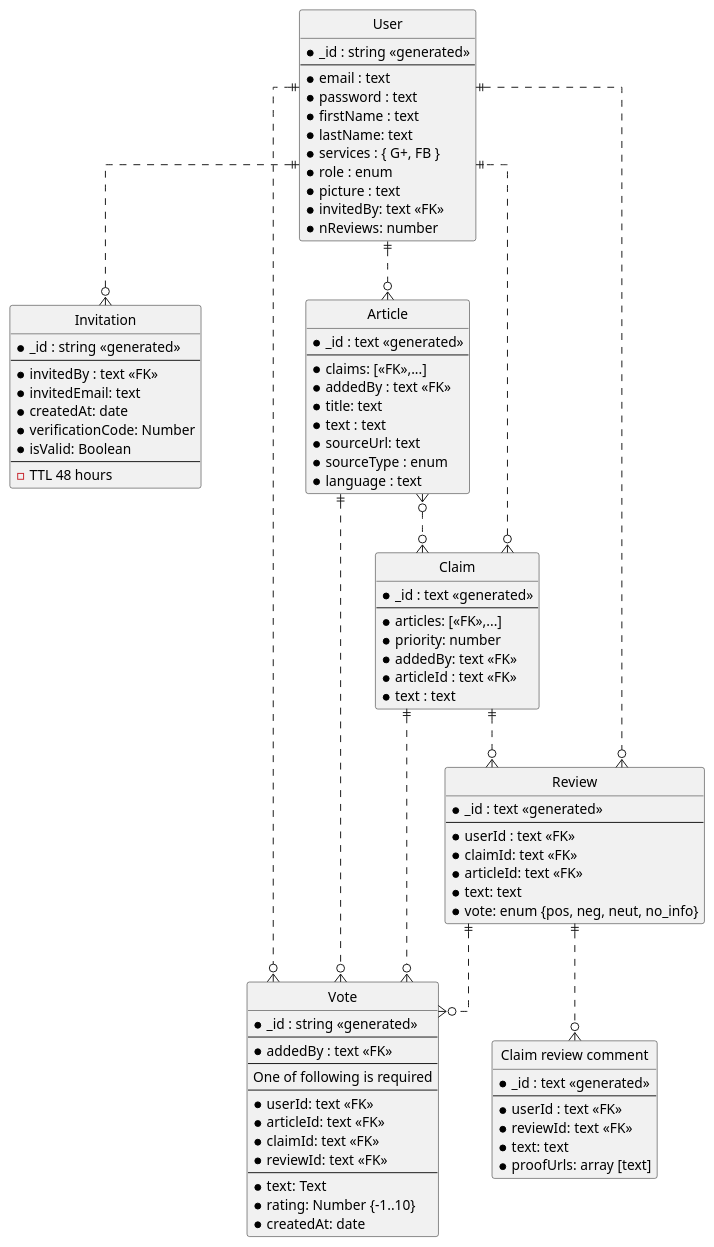
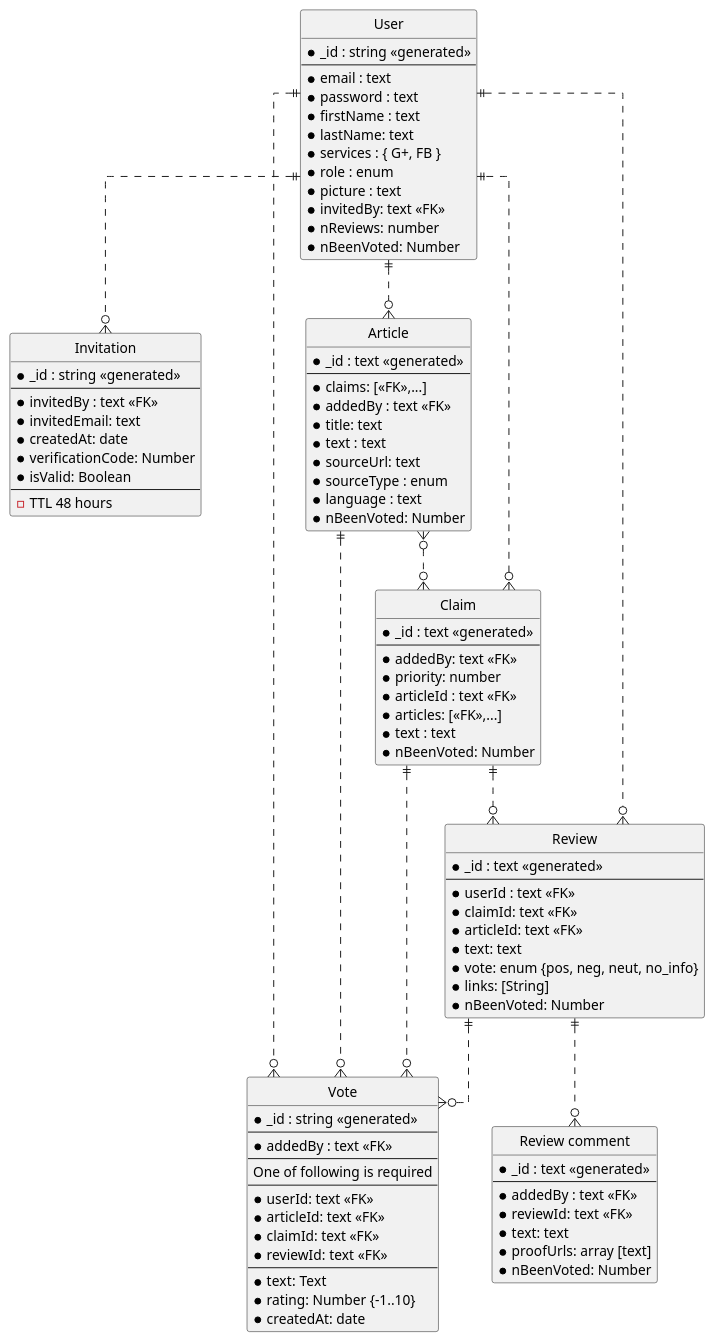
One commit to aic-factcheck/fact_checking_be changed the diagram in sys_docs/entity_relations.puml. Above: the diagram before and after it, drawn with PlantUML. The commit also changed 5 other files, not shown here.

Commit message:
updated architecture

```diff
--- a/sys_docs/entity_relations.puml
+++ b/sys_docs/entity_relations.puml
@@ -1,103 +1,109 @@
 @startuml Entity relations
 ' hide the spot
 hide circle
 
 ' avoid problems with angled crows feet
 skinparam linetype ortho
 
 entity "User" as user {
   *_id : string <<generated>>
   --
   *email : text
   *password : text
   *firstName : text
   *lastName: text
   *services : { G+, FB }
   *role : enum
   *picture : text
   *invitedBy: text <<FK>>
   *nReviews: number
+  *nBeenVoted: Number
 }
 
 entity "Invitation" as inv {
   *_id : string <<generated>>
   --
   *invitedBy : text <<FK>>
   *invitedEmail: text
   *createdAt: date
   *verificationCode: Number
   *isValid: Boolean
   --
   - TTL 48 hours
 }
 
 entity "Vote" as vote {
   *_id : string <<generated>>
   --
   *addedBy : text <<FK>>
   --
   One of following is required
   --
   *userId: text <<FK>>
   *articleId: text <<FK>>
   *claimId: text <<FK>>
   *reviewId: text <<FK>>
   --
   *text: Text
   *rating: Number {-1..10}
   *createdAt: date
 }
 
 entity "Article" as article {
   *_id : text <<generated>>
   --
   *claims: [<<FK>>,...]
   *addedBy : text <<FK>>
   *title: text
   *text : text
   *sourceUrl: text
   *sourceType : enum
   *language : text
+  *nBeenVoted: Number
 }
 
 entity "Claim" as claim {
   *_id : text <<generated>>
   --
+  *addedBy: text <<FK>>
+  *priority: number
+  *articleId : text <<FK>>
   *articles: [<<FK>>,...]
-  *priority: number
-  *addedBy: text <<FK>>
-  *articleId : text <<FK>>
   *text : text
+  *nBeenVoted: Number
 }
 
 entity "Review" as review {
   *_id : text <<generated>>
   --
   *userId : text <<FK>>
   *claimId: text <<FK>>
   *articleId: text <<FK>>
   *text: text
   *vote: enum {pos, neg, neut, no_info}
+  *links: [String]
+  *nBeenVoted: Number
 }
 
-entity "Claim review comment" as claimReviewComment {
+entity "Review comment" as reviewComment {
   *_id : text <<generated>>
   --
-  *userId : text <<FK>>
+  *addedBy : text <<FK>>
   *reviewId: text <<FK>>
   *text: text
   *proofUrls: array [text] 
+  *nBeenVoted: Number
 }
 
 user ||..o{ article
 user ||..o{ inv
 article }o..o{ claim
 article ||..o{ vote
 user ||..o{ review
 user ||..o{ vote
 claim ||..o{ review
 claim }o..|| user
 claim ||..o{ vote
-review ||..o{ claimReviewComment
+review ||..o{ reviewComment
 review ||..o{ vote
 @enduml
```
